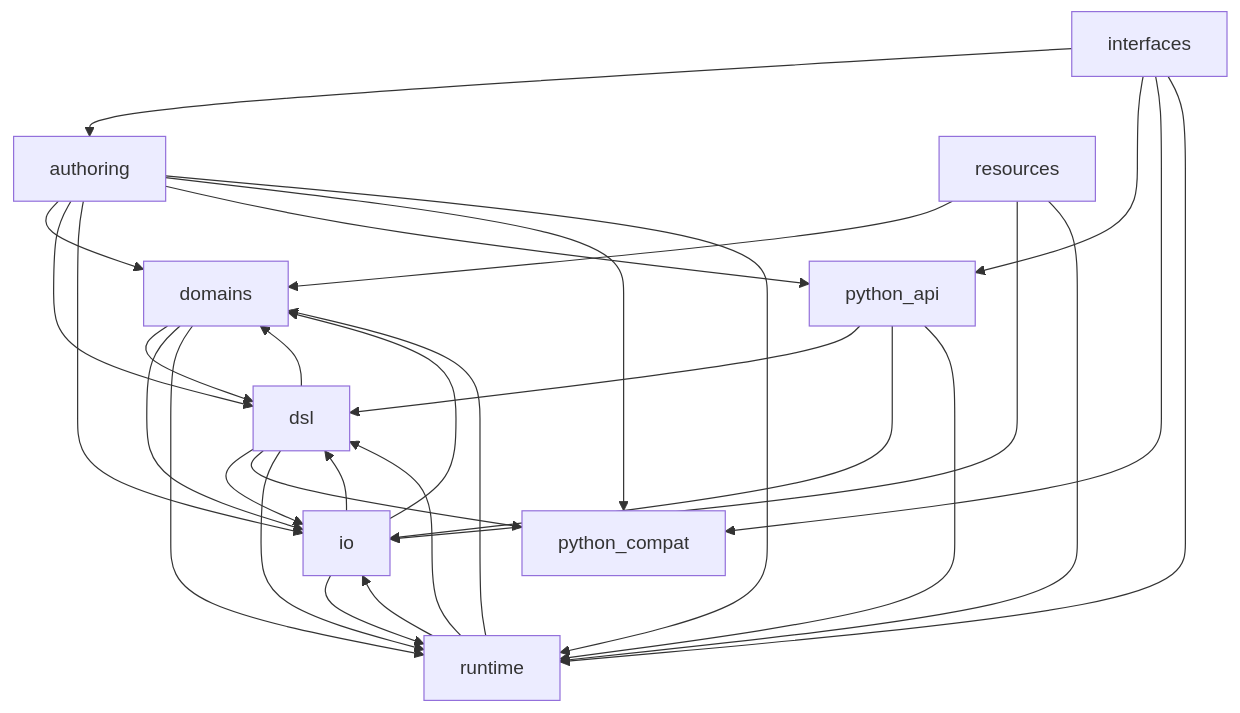
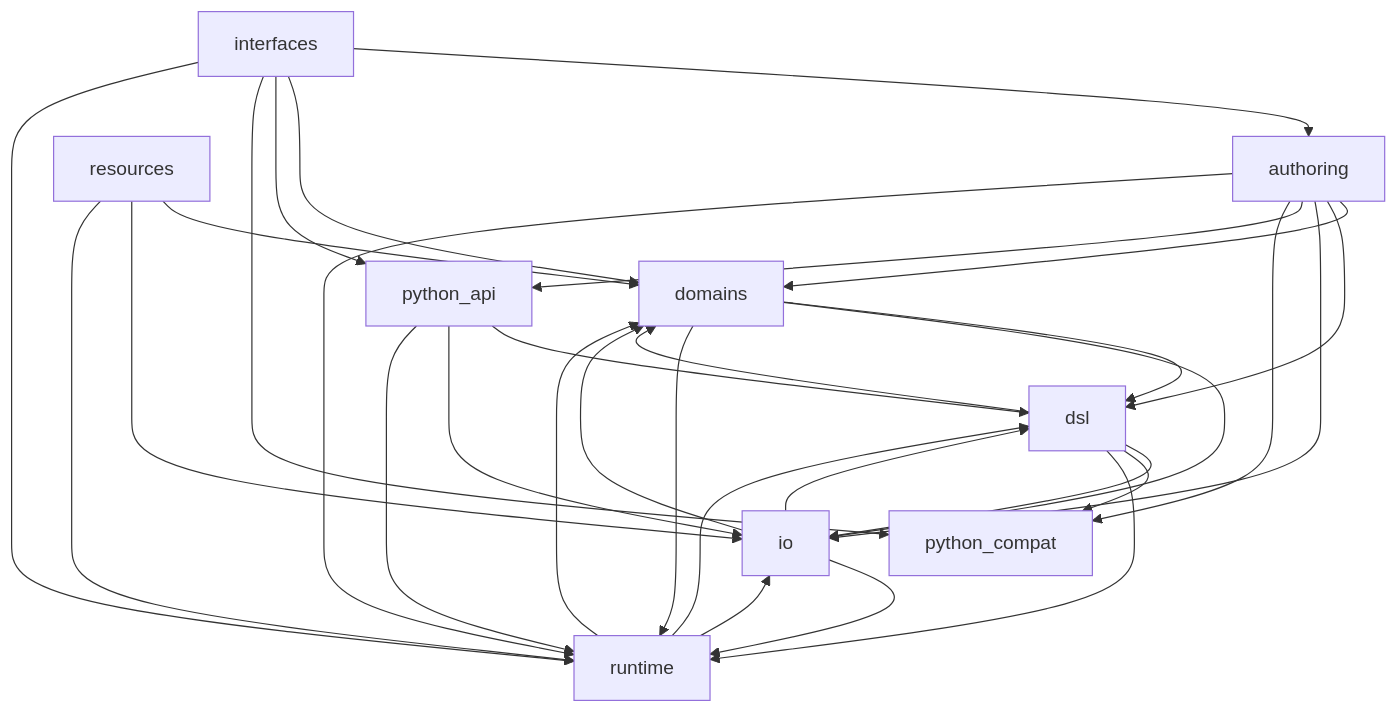
One commit to rapiddweller/datamimic changed the second of 2 diagrams in docs/architecture/refactoring-study/experiment-2/target-architecture.md. Above: the diagram before and after it, drawn with Mermaid. The commit also changed 43 other files, not shown here.

````diff
--- a/docs/architecture/refactoring-study/experiment-2/target-architecture.md
+++ b/docs/architecture/refactoring-study/experiment-2/target-architecture.md
@@ -71,32 +71,33 @@
 ```mermaid
 graph TD
     authoring --> domains
     authoring --> dsl
     authoring --> io
     authoring --> python_api
     authoring --> python_compat
     authoring --> runtime
     domains --> dsl
     domains --> io
     domains --> runtime
     dsl --> domains
     dsl --> io
     dsl --> python_compat
     dsl --> runtime
     interfaces --> authoring
+    interfaces --> domains
     interfaces --> python_api
     interfaces --> python_compat
     interfaces --> runtime
     io --> domains
     io --> dsl
     io --> runtime
     python_api --> dsl
     python_api --> io
     python_api --> runtime
     resources --> domains
     resources --> io
     resources --> runtime
     runtime --> domains
     runtime --> dsl
     runtime --> io
 ```
````
